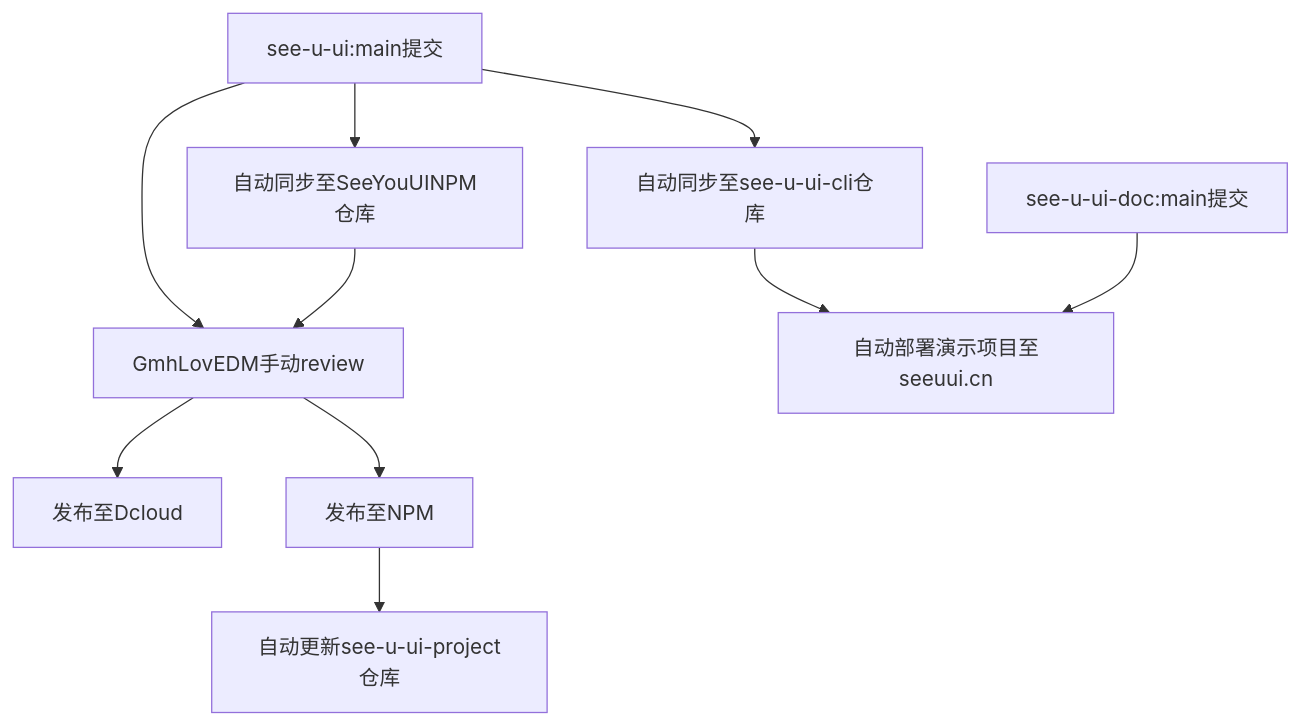
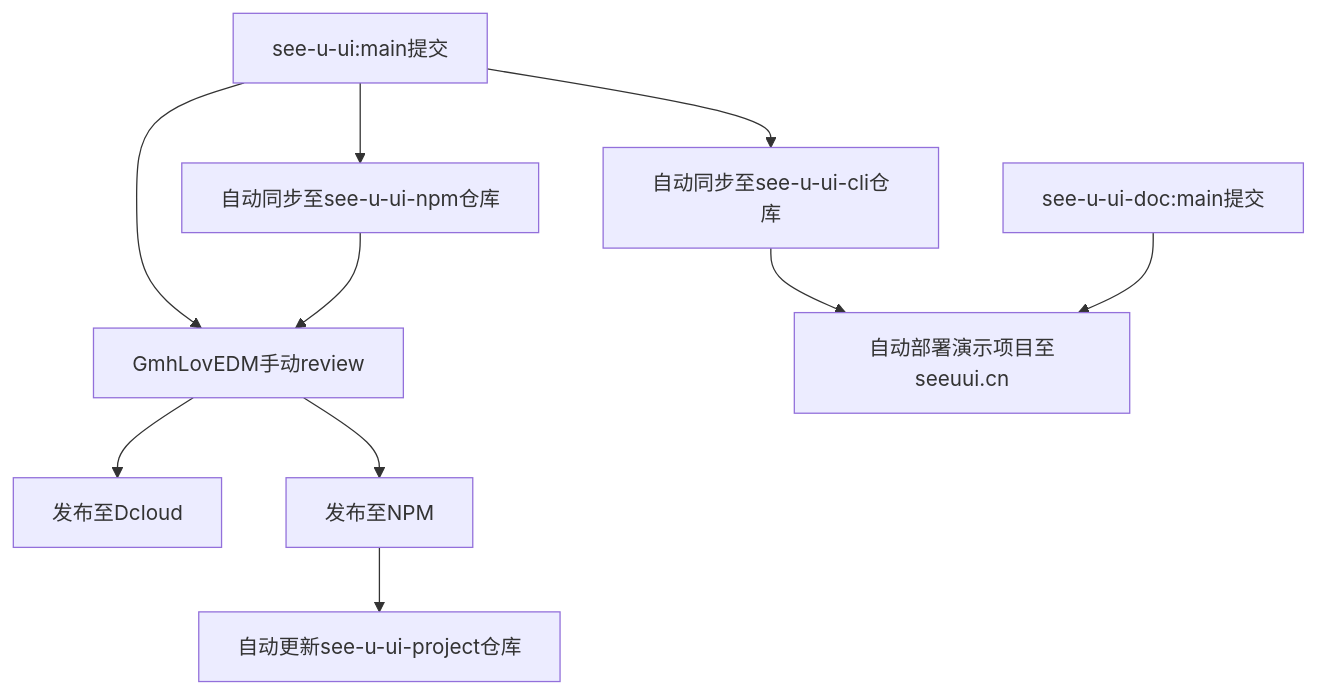
One commit to seeyouui/see-u-ui-doc changed the diagram in docs/contributing.md. Above: the diagram before and after it, drawn with Mermaid. The commit also changed other lines of this file and 4 other files, not shown here.

````diff
--- a/docs/contributing.md
+++ b/docs/contributing.md
@@ -36,7 +36,10 @@
 ```mermaid
 graph TD
-  see-u-ui:main提交 -->  GmhLovEDM手动review --> 发布至Dcloud
-  see-u-ui:main提交 --> 自动同步至SeeYouUINPM仓库 --> GmhLovEDM手动review --> 发布至NPM --> 自动更新see-u-ui-project仓库
+  see-u-ui:main提交 --> GmhLovEDM手动review --> 发布至Dcloud
+  see-u-ui:main提交 --> 自动同步至see-u-ui-npm仓库 --> GmhLovEDM手动review --> 发布至NPM --> 自动更新see-u-ui-project仓库
   see-u-ui:main提交 --> 自动同步至see-u-ui-cli仓库 --> 自动部署演示项目至seeuui.cn
   see-u-ui-doc:main提交 --> 自动部署演示项目至seeuui.cn
+
+  style 自动同步至see-u-ui-npm仓库 white-space:nowrap
+  style 自动更新see-u-ui-project仓库 white-space:nowrap
 ```
````
